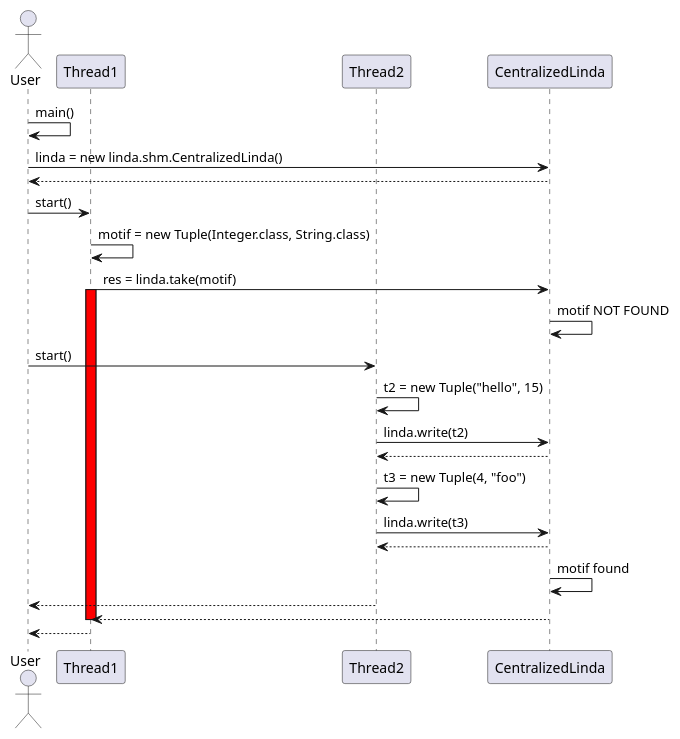
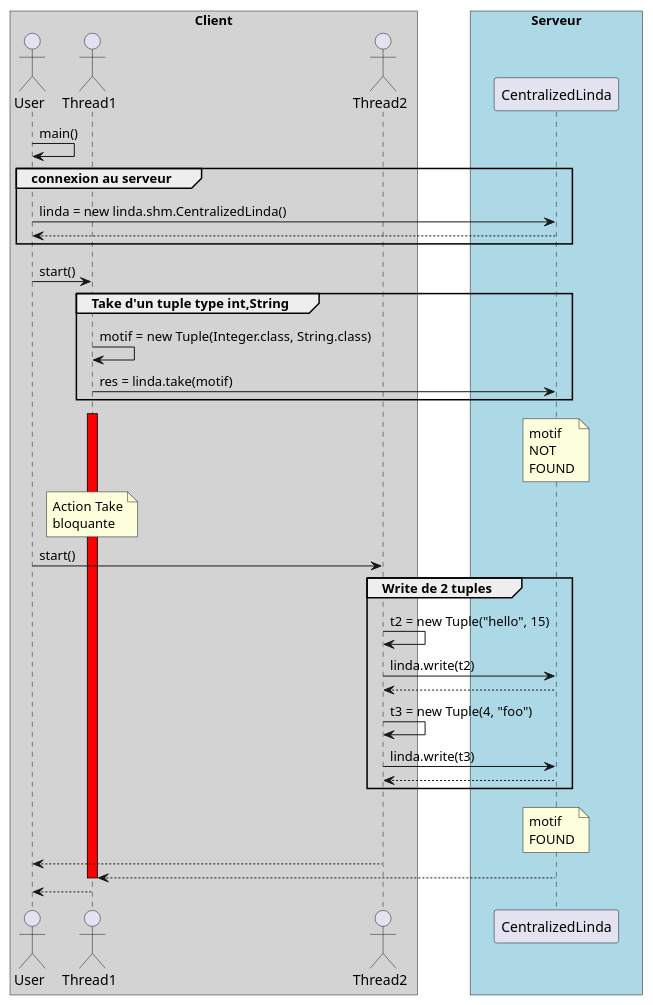
One commit to HayZun/Intergiciel changed the diagram in linda/shm/Diagram/Sequences/Sequence_write_take_read.plantuml. Above: the diagram before and after it, drawn with PlantUML. The commit also changed 5 other files, not shown here.

Commit message:
plantuml

```diff
--- a/linda/shm/Diagram/Sequences/Sequence_write_take_read.plantuml
+++ b/linda/shm/Diagram/Sequences/Sequence_write_take_read.plantuml
@@ -1,48 +1,69 @@
 @startuml
+skinparam ParticipantPadding 20
+skinparam BoxPadding 10
+!pragma teoz true
 
+box "Client" #LightGrey
 actor User
-participant Thread1
-participant Thread2
+actor Thread1
+actor Thread2
+end box
+box "Serveur" #LightBlue
 participant "CentralizedLinda" as Linda
+end box
 
 User -> User: main()
+
+group connexion au serveur
 
 User -> Linda: linda = new linda.shm.CentralizedLinda()
 
 Linda --> User
 
+end
+
 User -> Thread1: start()
+
+group Take d'un tuple type int,String
 
 Thread1 -> Thread1 : motif = new Tuple(Integer.class, String.class)
 
 Thread1 -> Linda: res = linda.take(motif)
 
+end
+
 activate Thread1 #red
 
-Linda -> Linda : motif NOT FOUND
+note over Linda : motif \nNOT \nFOUND
+
+note over Thread1 : Action Take\nbloquante
 
 User -> Thread2: start()
+
+group Write de 2 tuples
 
 Thread2 -> Thread2: t2 = new Tuple("hello", 15)
 
 Thread2 -> Linda: linda.write(t2)
 
 Linda --> Thread2
 
 Thread2 -> Thread2: t3 = new Tuple(4, "foo")
 
 Thread2 -> Linda: linda.write(t3)
 
 Linda --> Thread2
 
-Linda -> Linda : motif found
+end
+
+note over Linda : motif \nFOUND
 
 Thread2 --> User
 
 Linda --> Thread1
 
 deactivate Thread1
 
 Thread1 --> User
 
 @enduml
```
